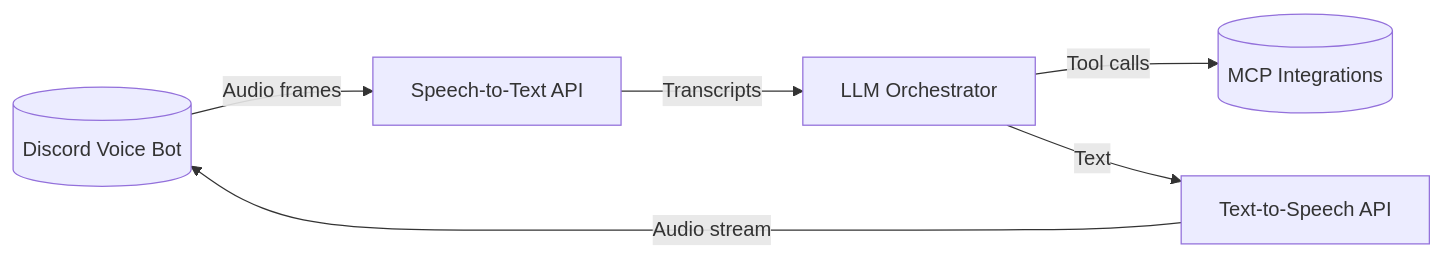
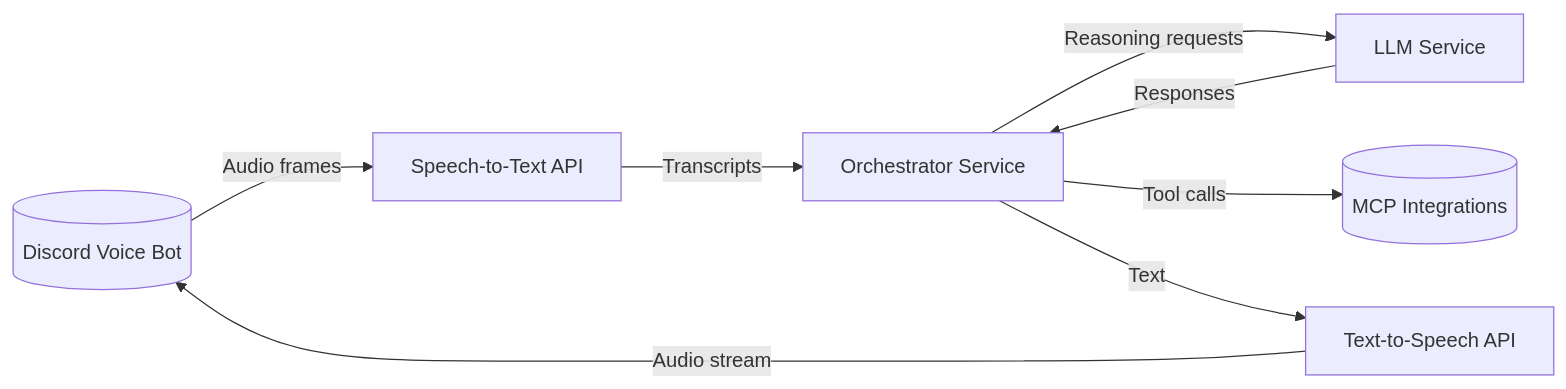
Before and after one commit to gabrielpreston/audio-orchestrator: the diagram in docs/architecture/system-overview.md, drawn with Mermaid. The commit also changed other lines of this file and 12 other files, not shown here.

````diff
--- a/docs/architecture/system-overview.md
+++ b/docs/architecture/system-overview.md
@@ -18,8 +18,10 @@
 ```mermaid
 flowchart LR
     DiscordClient[(Discord Voice Bot)] -->|Audio frames| STT[Speech-to-Text API]
-    STT -->|Transcripts| Orchestrator[LLM Orchestrator]
+    STT -->|Transcripts| Orchestrator[Orchestrator Service]
+    Orchestrator -->|Reasoning requests| LLM[LLM Service]
+    LLM -->|Responses| Orchestrator
     Orchestrator -->|Tool calls| MCPTools[(MCP Integrations)]
     Orchestrator -->|Text| TTS[Text-to-Speech API]
     TTS -->|Audio stream| DiscordClient
 ```
````
